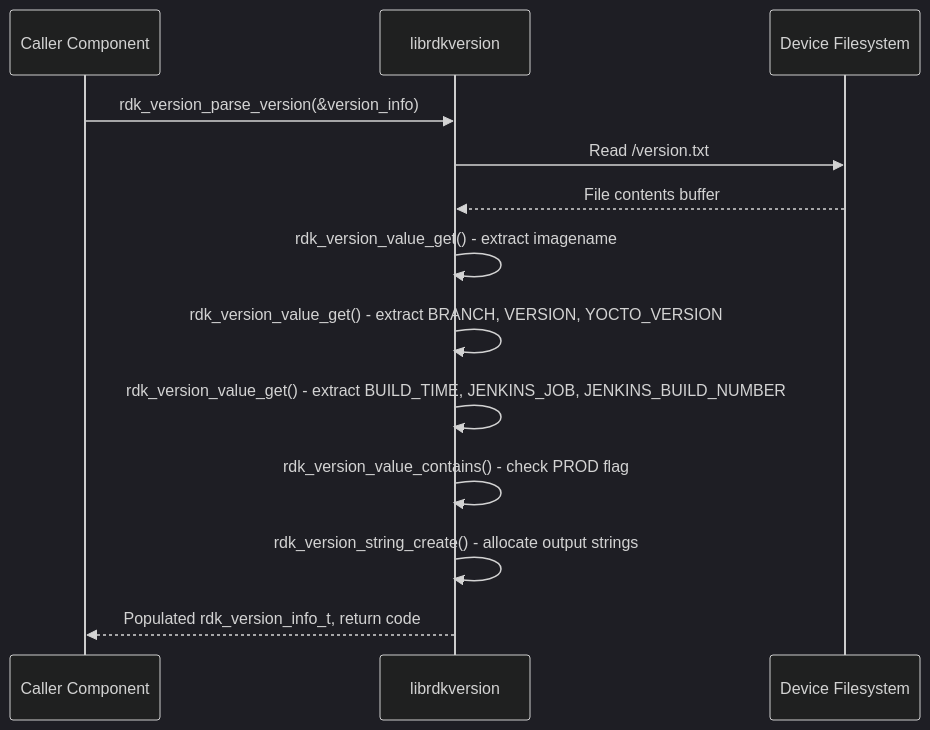
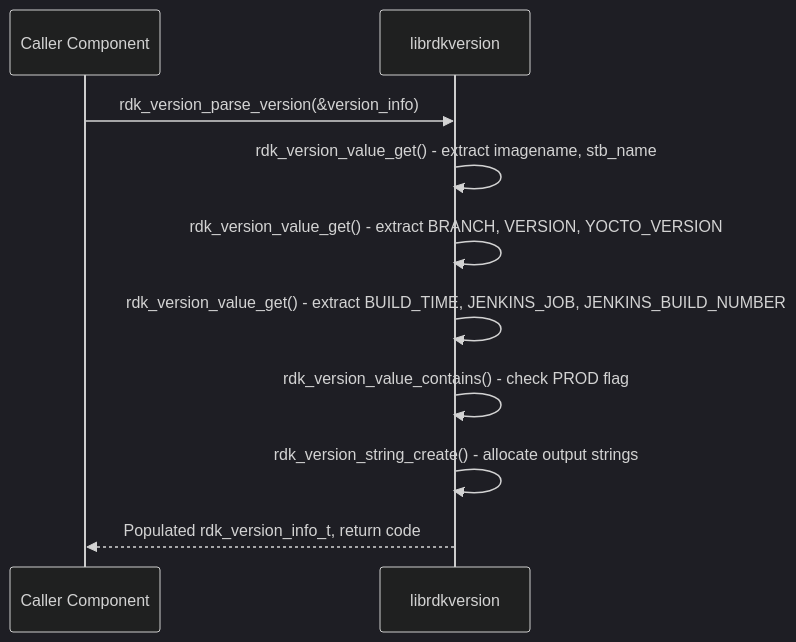
Before and after one commit to rns21/RDK_Documentation: the fourth of 5 diagrams in docs/docu/RDKV-Documentations/rdkversion.md, drawn with Mermaid (dark theme). The commit also changed other lines of this file, not shown here.

````diff
--- a/docs/docu/RDKV-Documentations/rdkversion.md
+++ b/docs/docu/RDKV-Documentations/rdkversion.md
@@ -162,18 +144,13 @@
 ```mermaid
 sequenceDiagram
     participant Caller as Caller Component
     participant Lib as librdkversion
-    participant FS as Device Filesystem
 
     Caller->>Lib: rdk_version_parse_version(&version_info)
-    Lib->>FS: Read /version.txt
-    FS-->>Lib: File contents buffer
-
-    Lib->>Lib: rdk_version_value_get() - extract imagename
+    Lib->>Lib: rdk_version_value_get() - extract imagename, stb_name
     Lib->>Lib: rdk_version_value_get() - extract BRANCH, VERSION, YOCTO_VERSION
     Lib->>Lib: rdk_version_value_get() - extract BUILD_TIME, JENKINS_JOB, JENKINS_BUILD_NUMBER
     Lib->>Lib: rdk_version_value_contains() - check PROD flag
     Lib->>Lib: rdk_version_string_create() - allocate output strings
-
     Lib-->>Caller: Populated rdk_version_info_t, return code
 ```
````
